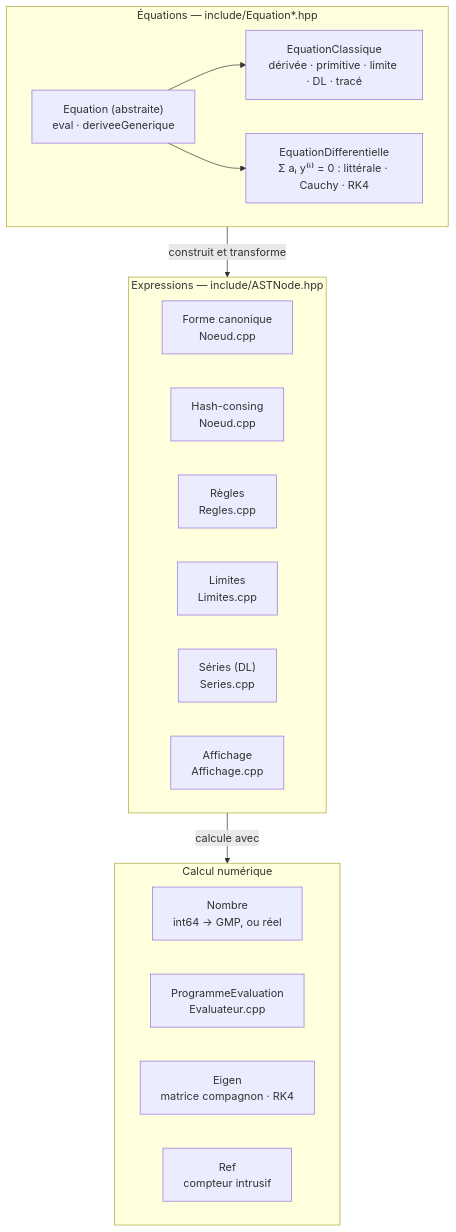
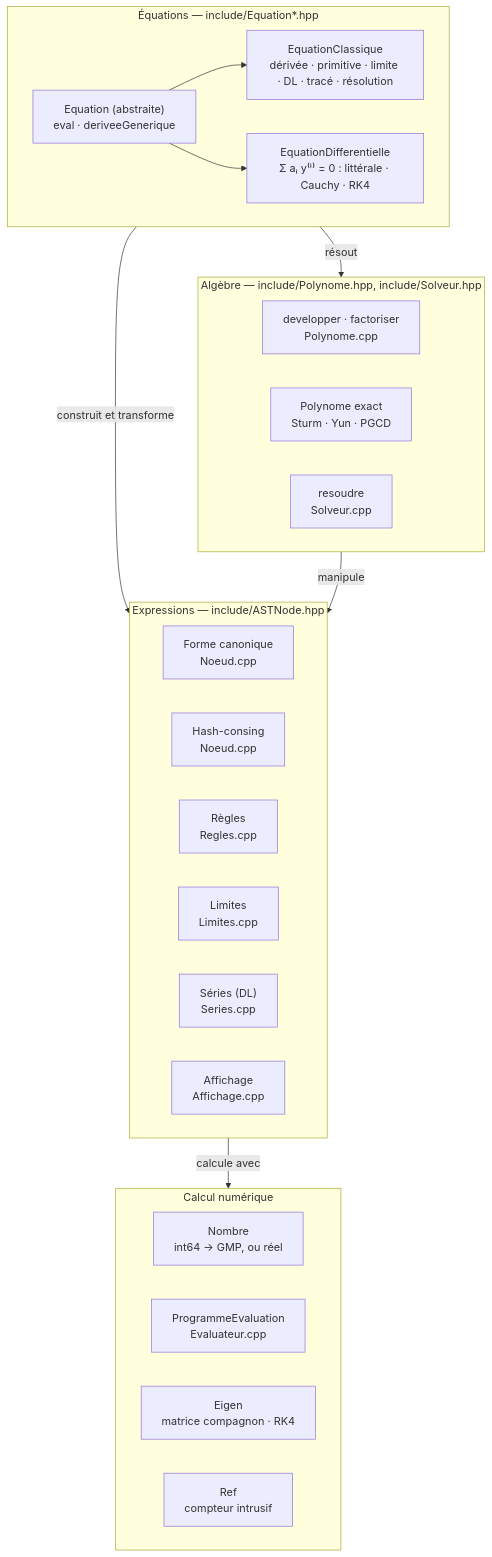
One commit to lucas12330/SymAlgopp changed the first of 4 diagrams in docs/ARCHITECTURE.md. Above: the diagram before and after it, drawn with Mermaid. The commit also changed other lines of this file and 3 other files, not shown here.

````diff
--- a/docs/ARCHITECTURE.md
+++ b/docs/ARCHITECTURE.md
@@ -7,26 +7,33 @@
 ```mermaid
 flowchart TB
     subgraph EQ["Équations — include/Equation*.hpp"]
         E["Equation (abstraite)<br/>eval · deriveeGenerique"]
-        EC["EquationClassique<br/>dérivée · primitive · limite · DL · tracé"]
+        EC["EquationClassique<br/>dérivée · primitive · limite · DL · tracé · résolution"]
         ED["EquationDifferentielle<br/>Σ aᵢ y⁽ⁱ⁾ = 0 : littérale · Cauchy · RK4"]
         E --> EC
         E --> ED
     end
     subgraph EX["Expressions — include/ASTNode.hpp"]
         FC["Forme canonique<br/>Noeud.cpp"]
         HC["Hash-consing<br/>Noeud.cpp"]
         RG["Règles<br/>Regles.cpp"]
         LI["Limites<br/>Limites.cpp"]
         SE["Séries (DL)<br/>Series.cpp"]
         AF["Affichage<br/>Affichage.cpp"]
     end
+    subgraph AL["Algèbre — include/Polynome.hpp, include/Solveur.hpp"]
+        DV["developper · factoriser<br/>Polynome.cpp"]
+        PO["Polynome exact<br/>Sturm · Yun · PGCD"]
+        SO["resoudre<br/>Solveur.cpp"]
+    end
     subgraph NU["Calcul numérique"]
         NB["Nombre<br/>int64 → GMP, ou réel"]
         PE["ProgrammeEvaluation<br/>Evaluateur.cpp"]
         EI["Eigen<br/>matrice compagnon · RK4"]
         RF["Ref<br/>compteur intrusif"]
     end
     EQ -->|"construit et transforme"| EX
+    EQ -->|"résout"| AL
+    AL -->|"manipule"| EX
     EX -->|"calcule avec"| NU
 ```
````
